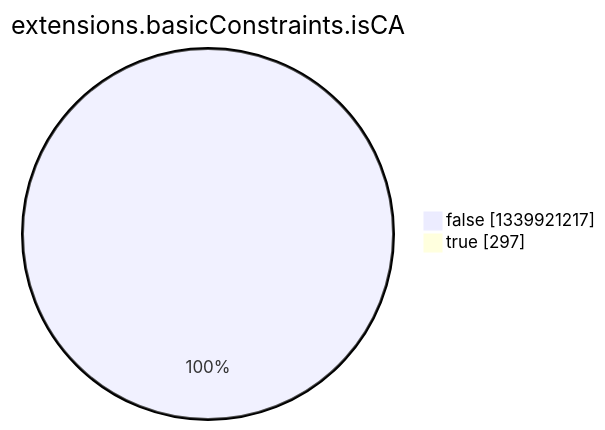
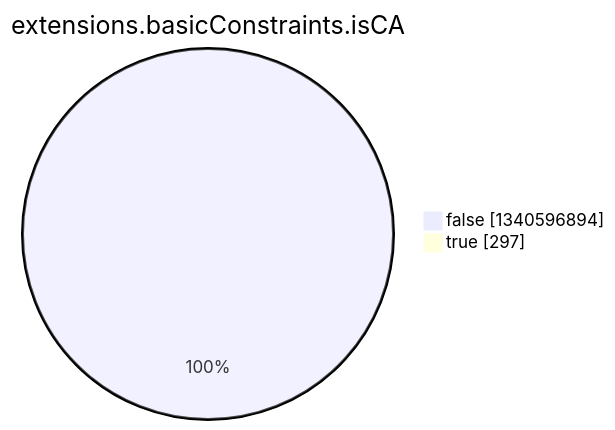
One commit to christiankrug/ctmonitor_visualization changed the eighth of 15 diagrams in argon2022/README.md. Above: the diagram before and after it, drawn with Mermaid. The commit also changed other lines of this file, not shown here.

````diff
--- a/argon2022/README.md
+++ b/argon2022/README.md
@@ -2758,6 +2758,6 @@
 ```mermaid
 pie showData
 title extensions.basicConstraints.isCA
-"false" :1339921217
+"false" :1340596894
 "true" :297
 ```
````
